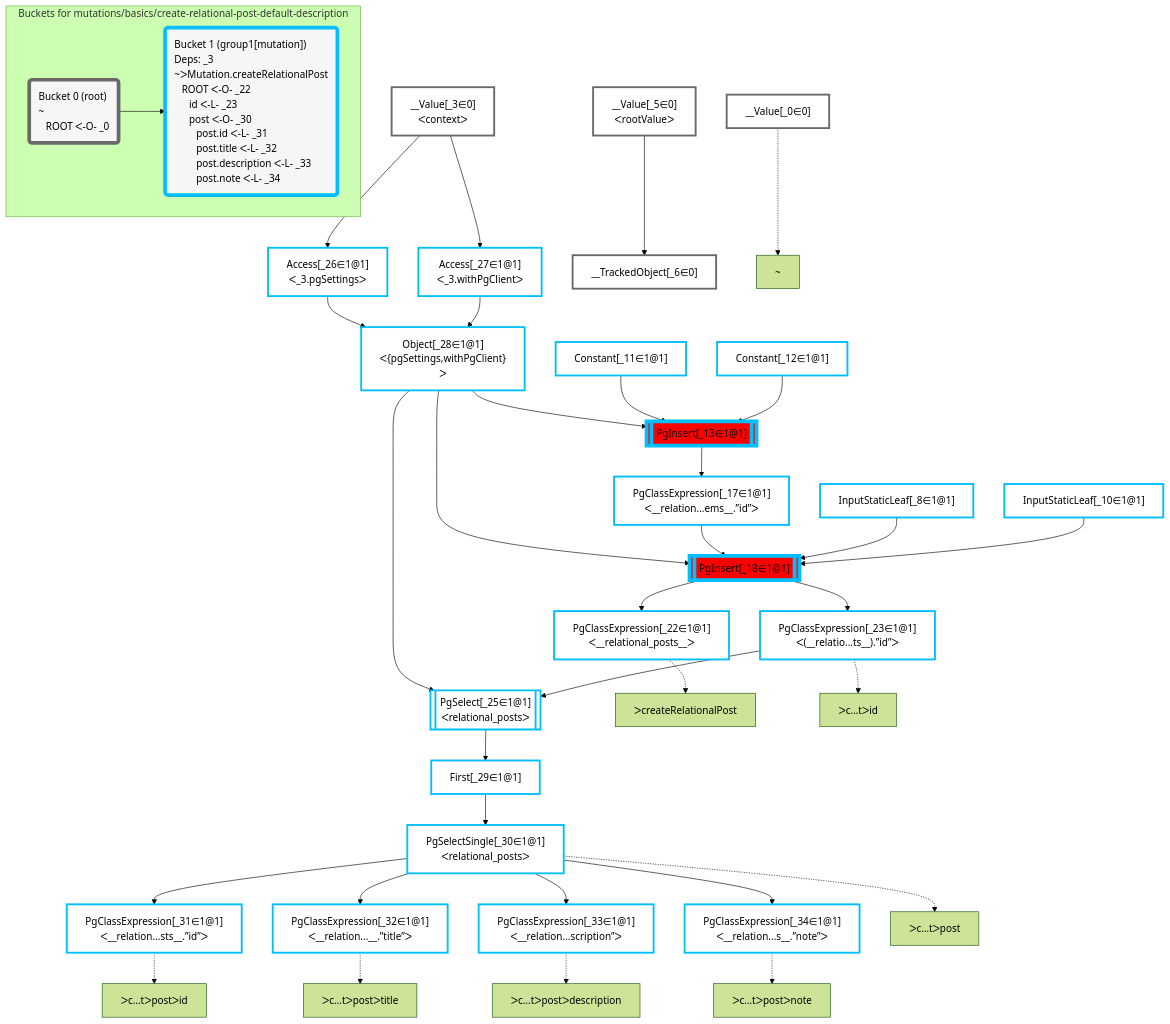
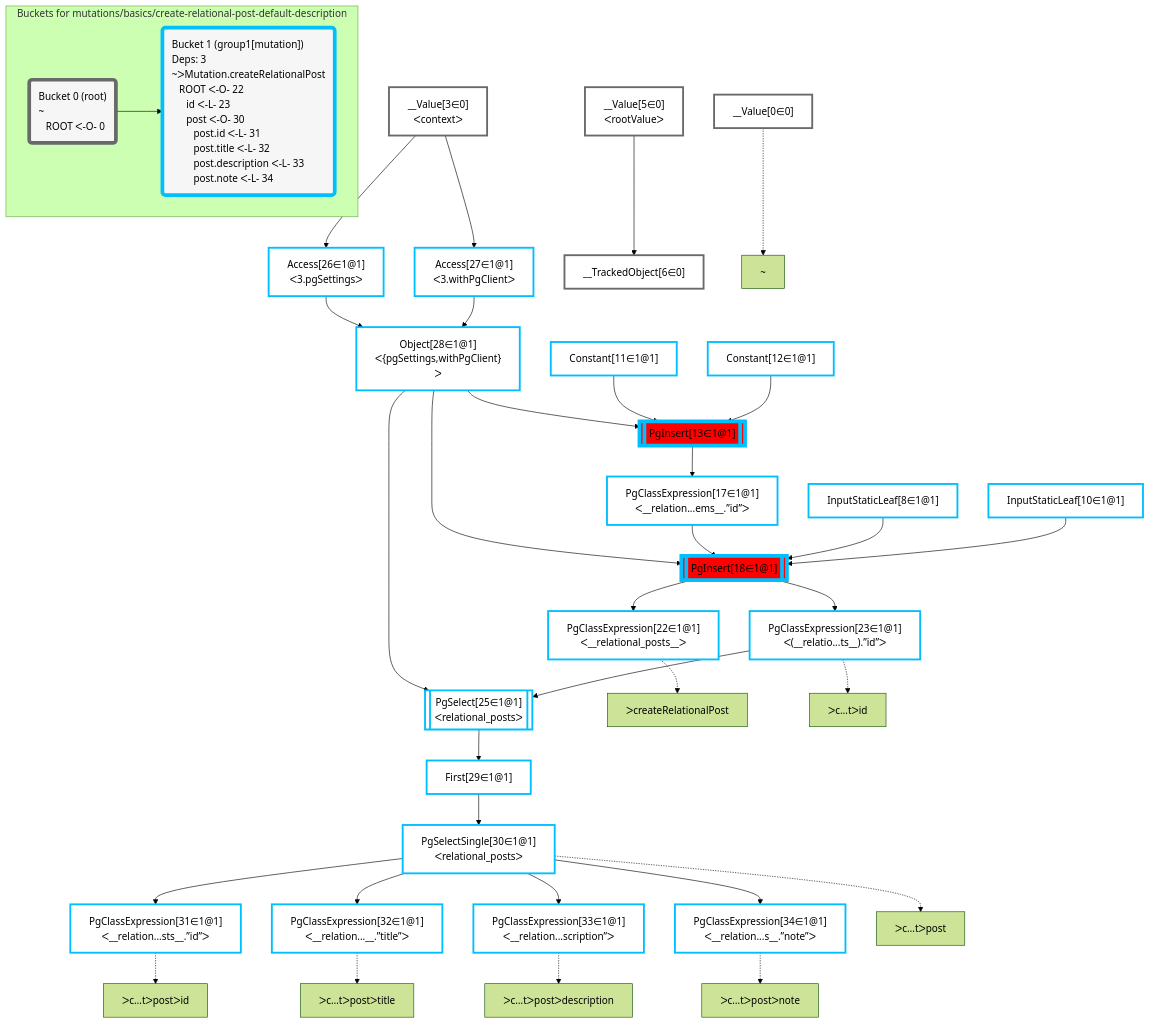
Before and after one commit to graphile/crystal: the diagram in packages/dataplan-pg/__tests__/mutations/basics/create-relational-post-default-description.mermaid.md, drawn with Mermaid (forest theme). The commit also changed 195 other files, not shown here.

````diff
--- a/packages/dataplan-pg/__tests__/mutations/basics/create-relational-post-default-description.mermaid.md
+++ b/packages/dataplan-pg/__tests__/mutations/basics/create-relational-post-default-description.mermaid.md
@@ -1,80 +1,80 @@
 ```mermaid
 graph TD
     classDef path fill:#eee,stroke:#000,color:#000
     classDef plan fill:#fff,stroke-width:3px,color:#000
     classDef itemplan fill:#fff,stroke-width:6px,color:#000
     classDef sideeffectplan fill:#f00,stroke-width:6px,color:#000
     classDef bucket fill:#f6f6f6,color:#000,stroke-width:6px,text-align:left
 
 
     %% define plans
-    __Value_0["__Value[_0∈0]"]:::plan
-    PgClassExpression_22["PgClassExpression[_22∈1@1]<br />ᐸ__relational_posts__ᐳ"]:::plan
-    PgClassExpression_31["PgClassExpression[_31∈1@1]<br />ᐸ__relation...sts__.”id”ᐳ"]:::plan
-    PgClassExpression_32["PgClassExpression[_32∈1@1]<br />ᐸ__relation...__.”title”ᐳ"]:::plan
-    PgClassExpression_33["PgClassExpression[_33∈1@1]<br />ᐸ__relation...scription”ᐳ"]:::plan
-    PgClassExpression_34["PgClassExpression[_34∈1@1]<br />ᐸ__relation...s__.”note”ᐳ"]:::plan
-    PgSelectSingle_30["PgSelectSingle[_30∈1@1]<br />ᐸrelational_postsᐳ"]:::plan
-    First_29["First[_29∈1@1]"]:::plan
-    PgSelect_25[["PgSelect[_25∈1@1]<br />ᐸrelational_postsᐳ"]]:::plan
-    PgClassExpression_23["PgClassExpression[_23∈1@1]<br />ᐸ(__relatio...ts__).”id”ᐳ"]:::plan
-    PgInsert_18[["PgInsert[_18∈1@1]"]]:::sideeffectplan
-    PgClassExpression_17["PgClassExpression[_17∈1@1]<br />ᐸ__relation...ems__.”id”ᐳ"]:::plan
-    PgInsert_13[["PgInsert[_13∈1@1]"]]:::sideeffectplan
-    Object_28["Object[_28∈1@1]<br />ᐸ{pgSettings,withPgClient}ᐳ"]:::plan
-    Access_26["Access[_26∈1@1]<br />ᐸ_3.pgSettingsᐳ"]:::plan
-    Access_27["Access[_27∈1@1]<br />ᐸ_3.withPgClientᐳ"]:::plan
-    __Value_3["__Value[_3∈0]<br />ᐸcontextᐳ"]:::plan
-    __TrackedObject_6["__TrackedObject[_6∈0]"]:::plan
-    __Value_5["__Value[_5∈0]<br />ᐸrootValueᐳ"]:::plan
-    InputStaticLeaf_8["InputStaticLeaf[_8∈1@1]"]:::plan
-    InputStaticLeaf_10["InputStaticLeaf[_10∈1@1]"]:::plan
-    Constant_11["Constant[_11∈1@1]"]:::plan
-    Constant_12["Constant[_12∈1@1]"]:::plan
+    __Value0["__Value[0∈0]"]:::plan
+    PgClassExpression22["PgClassExpression[22∈1@1]<br />ᐸ__relational_posts__ᐳ"]:::plan
+    PgClassExpression31["PgClassExpression[31∈1@1]<br />ᐸ__relation...sts__.”id”ᐳ"]:::plan
+    PgClassExpression32["PgClassExpression[32∈1@1]<br />ᐸ__relation...__.”title”ᐳ"]:::plan
+    PgClassExpression33["PgClassExpression[33∈1@1]<br />ᐸ__relation...scription”ᐳ"]:::plan
+    PgClassExpression34["PgClassExpression[34∈1@1]<br />ᐸ__relation...s__.”note”ᐳ"]:::plan
+    PgSelectSingle30["PgSelectSingle[30∈1@1]<br />ᐸrelational_postsᐳ"]:::plan
+    First29["First[29∈1@1]"]:::plan
+    PgSelect25[["PgSelect[25∈1@1]<br />ᐸrelational_postsᐳ"]]:::plan
+    PgClassExpression23["PgClassExpression[23∈1@1]<br />ᐸ(__relatio...ts__).”id”ᐳ"]:::plan
+    PgInsert18[["PgInsert[18∈1@1]"]]:::sideeffectplan
+    PgClassExpression17["PgClassExpression[17∈1@1]<br />ᐸ__relation...ems__.”id”ᐳ"]:::plan
+    PgInsert13[["PgInsert[13∈1@1]"]]:::sideeffectplan
+    Object28["Object[28∈1@1]<br />ᐸ{pgSettings,withPgClient}ᐳ"]:::plan
+    Access26["Access[26∈1@1]<br />ᐸ3.pgSettingsᐳ"]:::plan
+    Access27["Access[27∈1@1]<br />ᐸ3.withPgClientᐳ"]:::plan
+    __Value3["__Value[3∈0]<br />ᐸcontextᐳ"]:::plan
+    __TrackedObject6["__TrackedObject[6∈0]"]:::plan
+    __Value5["__Value[5∈0]<br />ᐸrootValueᐳ"]:::plan
+    InputStaticLeaf8["InputStaticLeaf[8∈1@1]"]:::plan
+    InputStaticLeaf10["InputStaticLeaf[10∈1@1]"]:::plan
+    Constant11["Constant[11∈1@1]"]:::plan
+    Constant12["Constant[12∈1@1]"]:::plan
 
     %% plan dependencies
-    PgInsert_18 --> PgClassExpression_22
-    PgSelectSingle_30 --> PgClassExpression_31
-    PgSelectSingle_30 --> PgClassExpression_32
-    PgSelectSingle_30 --> PgClassExpression_33
-    PgSelectSingle_30 --> PgClassExpression_34
-    First_29 --> PgSelectSingle_30
-    PgSelect_25 --> First_29
-    Object_28 & PgClassExpression_23 --> PgSelect_25
-    PgInsert_18 --> PgClassExpression_23
-    Object_28 & PgClassExpression_17 & InputStaticLeaf_8 & InputStaticLeaf_10 --> PgInsert_18
-    PgInsert_13 --> PgClassExpression_17
-    Object_28 & Constant_11 & Constant_12 --> PgInsert_13
-    Access_26 & Access_27 --> Object_28
-    __Value_3 --> Access_26
-    __Value_3 --> Access_27
-    __Value_5 --> __TrackedObject_6
+    PgInsert18 --> PgClassExpression22
+    PgSelectSingle30 --> PgClassExpression31
+    PgSelectSingle30 --> PgClassExpression32
+    PgSelectSingle30 --> PgClassExpression33
+    PgSelectSingle30 --> PgClassExpression34
+    First29 --> PgSelectSingle30
+    PgSelect25 --> First29
+    Object28 & PgClassExpression23 --> PgSelect25
+    PgInsert18 --> PgClassExpression23
+    Object28 & PgClassExpression17 & InputStaticLeaf8 & InputStaticLeaf10 --> PgInsert18
+    PgInsert13 --> PgClassExpression17
+    Object28 & Constant11 & Constant12 --> PgInsert13
+    Access26 & Access27 --> Object28
+    __Value3 --> Access26
+    __Value3 --> Access27
+    __Value5 --> __TrackedObject6
 
     %% plan-to-path relationships
-    P_0["~"]
-    __Value_0 -.-> P_0
-    P_22["ᐳcreateRelationalPost"]
-    PgClassExpression_22 -.-> P_22
-    P_23["ᐳc…tᐳid"]
-    PgClassExpression_23 -.-> P_23
-    P_30["ᐳc…tᐳpost"]
-    PgSelectSingle_30 -.-> P_30
-    P_31["ᐳc…tᐳpostᐳid"]
-    PgClassExpression_31 -.-> P_31
-    P_32["ᐳc…tᐳpostᐳtitle"]
-    PgClassExpression_32 -.-> P_32
-    P_33["ᐳc…tᐳpostᐳdescription"]
-    PgClassExpression_33 -.-> P_33
-    P_34["ᐳc…tᐳpostᐳnote"]
-    PgClassExpression_34 -.-> P_34
+    P0["~"]
+    __Value0 -.-> P0
+    P22["ᐳcreateRelationalPost"]
+    PgClassExpression22 -.-> P22
+    P23["ᐳc…tᐳid"]
+    PgClassExpression23 -.-> P23
+    P30["ᐳc…tᐳpost"]
+    PgSelectSingle30 -.-> P30
+    P31["ᐳc…tᐳpostᐳid"]
+    PgClassExpression31 -.-> P31
+    P32["ᐳc…tᐳpostᐳtitle"]
+    PgClassExpression32 -.-> P32
+    P33["ᐳc…tᐳpostᐳdescription"]
+    PgClassExpression33 -.-> P33
+    P34["ᐳc…tᐳpostᐳnote"]
+    PgClassExpression34 -.-> P34
 
     subgraph "Buckets for mutations/basics/create-relational-post-default-description"
-    Bucket0("Bucket 0 (root)<br />~<br />⠀ROOT ᐸ-O- _0"):::bucket
+    Bucket0("Bucket 0 (root)<br />~<br />⠀ROOT ᐸ-O- 0"):::bucket
     classDef bucket0 stroke:#696969
-    class Bucket0,__Value_0,__Value_3,__Value_5,__TrackedObject_6 bucket0
-    Bucket1("Bucket 1 (group1[mutation])<br />Deps: _3<br />~ᐳMutation.createRelationalPost<br />⠀ROOT ᐸ-O- _22<br />⠀⠀id ᐸ-L- _23<br />⠀⠀post ᐸ-O- _30<br />⠀⠀⠀post.id ᐸ-L- _31<br />⠀⠀⠀post.title ᐸ-L- _32<br />⠀⠀⠀post.description ᐸ-L- _33<br />⠀⠀⠀post.note ᐸ-L- _34"):::bucket
+    class Bucket0,__Value0,__Value3,__Value5,__TrackedObject6 bucket0
+    Bucket1("Bucket 1 (group1[mutation])<br />Deps: 3<br />~ᐳMutation.createRelationalPost<br />⠀ROOT ᐸ-O- 22<br />⠀⠀id ᐸ-L- 23<br />⠀⠀post ᐸ-O- 30<br />⠀⠀⠀post.id ᐸ-L- 31<br />⠀⠀⠀post.title ᐸ-L- 32<br />⠀⠀⠀post.description ᐸ-L- 33<br />⠀⠀⠀post.note ᐸ-L- 34"):::bucket
     classDef bucket1 stroke:#00bfff
-    class Bucket1,InputStaticLeaf_8,InputStaticLeaf_10,Constant_11,Constant_12,PgInsert_13,PgClassExpression_17,PgInsert_18,PgClassExpression_22,PgClassExpression_23,PgSelect_25,Access_26,Access_27,Object_28,First_29,PgSelectSingle_30,PgClassExpression_31,PgClassExpression_32,PgClassExpression_33,PgClassExpression_34 bucket1
+    class Bucket1,InputStaticLeaf8,InputStaticLeaf10,Constant11,Constant12,PgInsert13,PgClassExpression17,PgInsert18,PgClassExpression22,PgClassExpression23,PgSelect25,Access26,Access27,Object28,First29,PgSelectSingle30,PgClassExpression31,PgClassExpression32,PgClassExpression33,PgClassExpression34 bucket1
     Bucket0 --> Bucket1
     end
 ```
````
